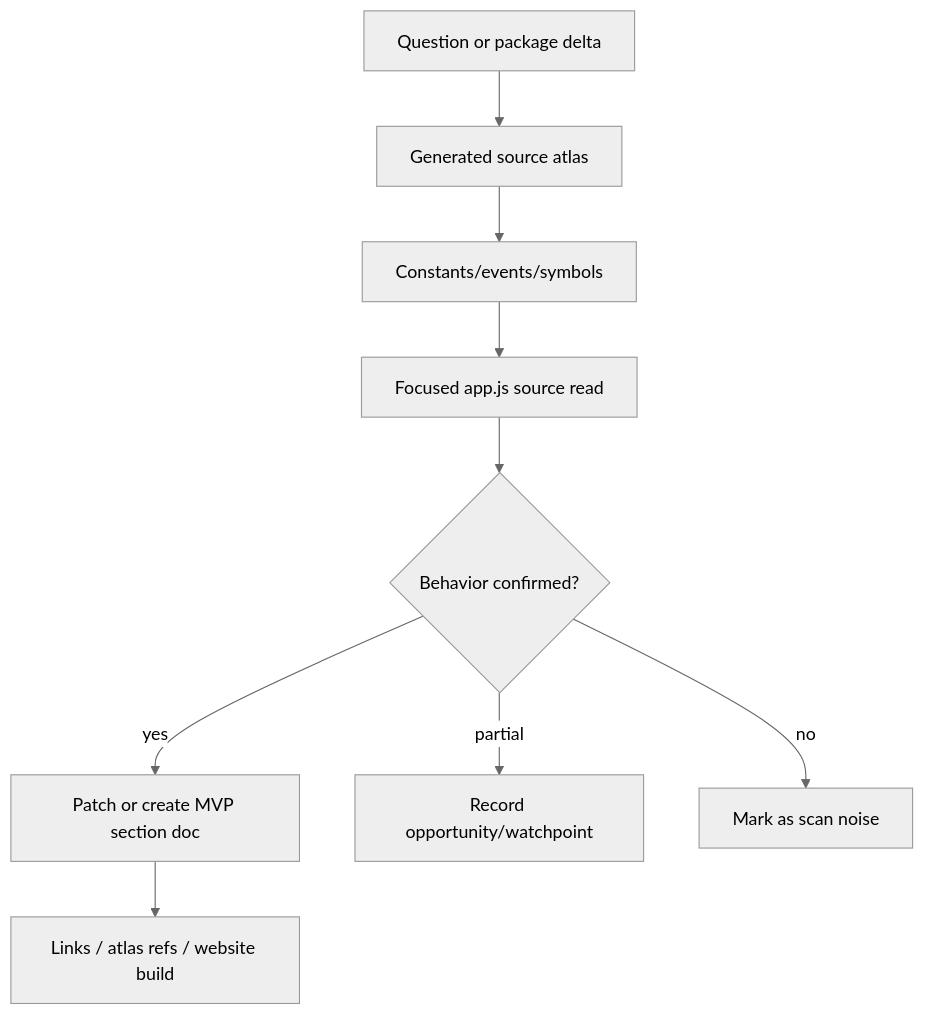
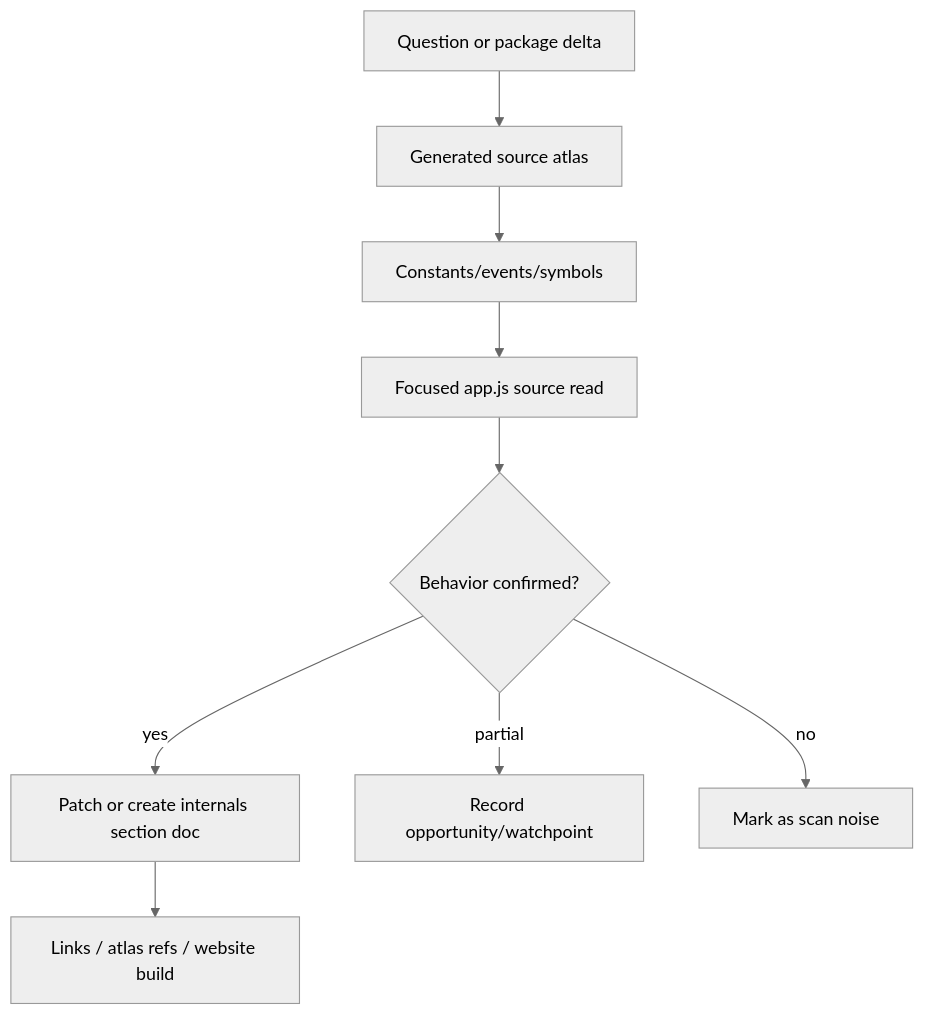
Before and after one commit to vibewatch/copilot-cli-internals: the diagram in docs/99-research-atlas/README.md, drawn with Mermaid (neutral theme). The commit also changed other lines of this file and 64 other files, not shown here.

First line of the commit message:
refactor: update section headers from "MVP placement" to "Internals scope" across multiple documentation files for consistency and clarity

````diff
--- a/docs/99-research-atlas/README.md
+++ b/docs/99-research-atlas/README.md
@@ -18,14 +18,14 @@
 ```mermaid
 flowchart TD
     Question[Question or package delta] --> Atlas[Generated source atlas]
     Atlas --> Surface[Constants/events/symbols]
     Surface --> Source[Focused app.js source read]
     Source --> Classify{Behavior confirmed?}
-    Classify -->|yes| MainDoc[Patch or create MVP section doc]
+    Classify -->|yes| MainDoc[Patch or create internals section doc]
     Classify -->|partial| Backlog[Record opportunity/watchpoint]
     Classify -->|no| Noise[Mark as scan noise]
     MainDoc --> Validate[Links / atlas refs / website build]
 
     click Atlas "./app-js-source-atlas/" "Open app.js source atlas"
     click Backlog "./documentation-opportunities/" "Open documentation opportunities"
 ```
````
